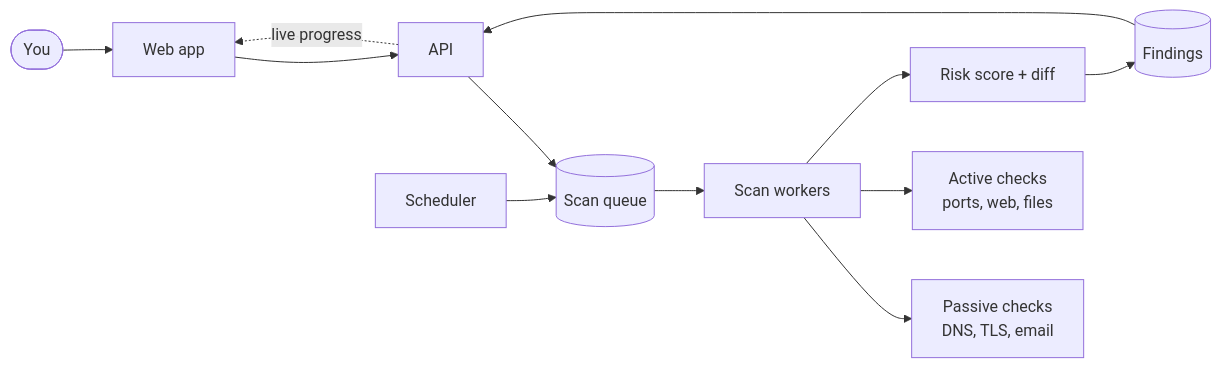
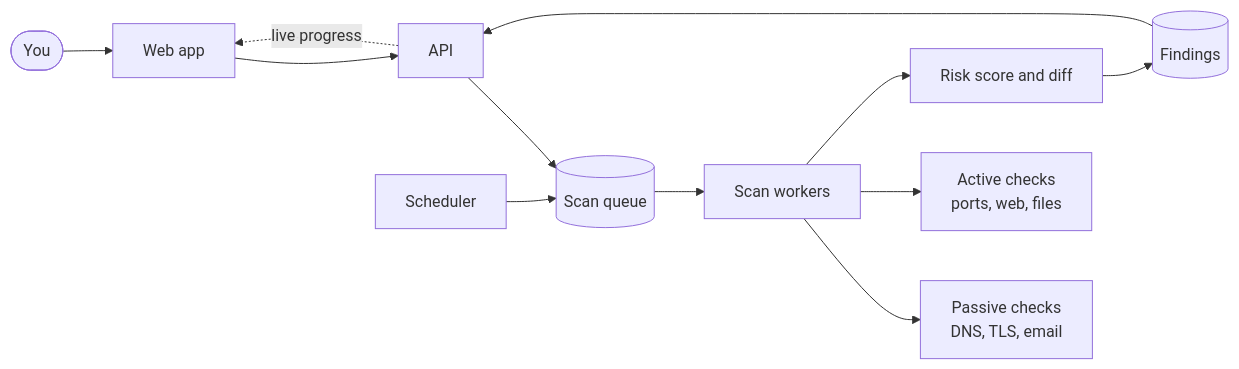
The diagram in README.md (oktaybilge1/mangudai-overview), drawn with Mermaid before and after one commit. The commit also changed other lines of this file and 7 other files, not shown here.

````diff
--- a/README.md
+++ b/README.md
@@ -70,14 +97,14 @@
 ```mermaid
 flowchart LR
     U([You]) --> F[Web app]
     F --> A[API]
     A --> Q[(Scan queue)]
     Q --> W[Scan workers]
     W --> P1[Passive checks<br/>DNS, TLS, email]
     W --> P2[Active checks<br/>ports, web, files]
-    W --> R[Risk score + diff]
+    W --> R[Risk score and diff]
     R --> D[(Findings)]
     D --> A
     S[Scheduler] --> Q
     A -. live progress .-> F
 ```
````
